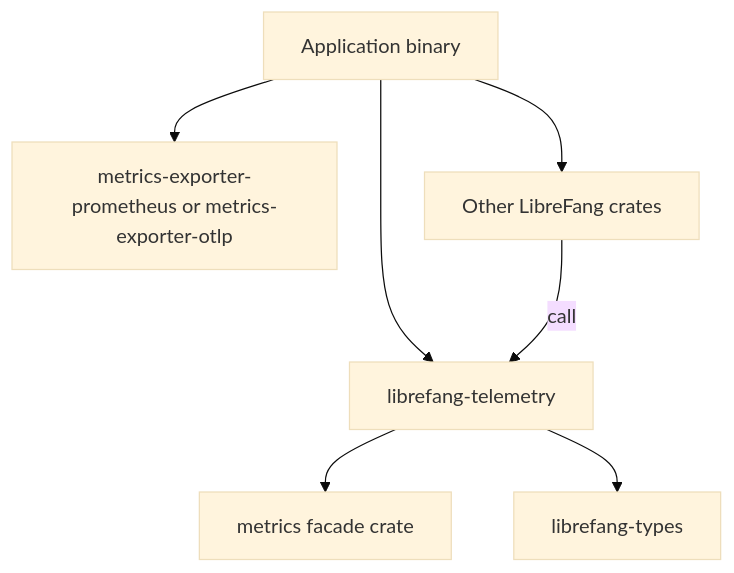
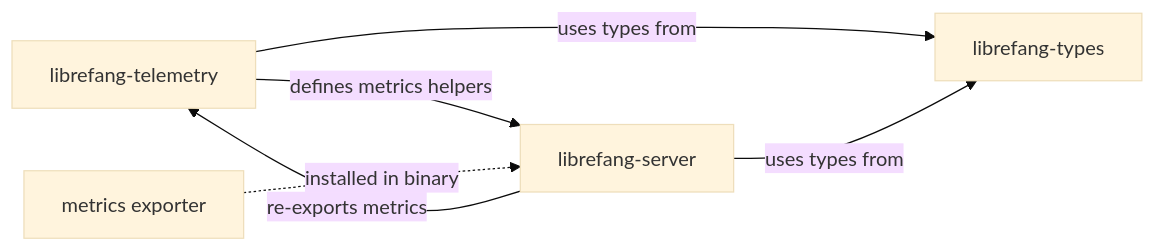
One commit to leszek3737/librefang-WIki changed the diagram in other-librefang-telemetry.md. Above: the diagram before and after it, drawn with Mermaid (base theme). The commit also changed other lines of this file and 126 other files, not shown here.

````diff
--- a/other-librefang-telemetry.md
+++ b/other-librefang-telemetry.md
@@ -13,9 +20,8 @@
 ```mermaid
-graph TD
-    A[librefang-telemetry] --> B[metrics facade crate]
-    A --> C[librefang-types]
-    D[Application binary] --> A
-    D --> E[metrics-exporter-prometheus or metrics-exporter-otlp]
-    D --> F[Other LibreFang crates]
-    F -->|call| A
+graph LR
+    A[librefang-telemetry] -->|defines metrics helpers| B[librefang-server]
+    A -->|uses types from| C[librefang-types]
+    B -->|uses types from| C
+    B -->|re-exports metrics| A
+    D[metrics exporter] -.->|installed in binary| B
 ```
````
